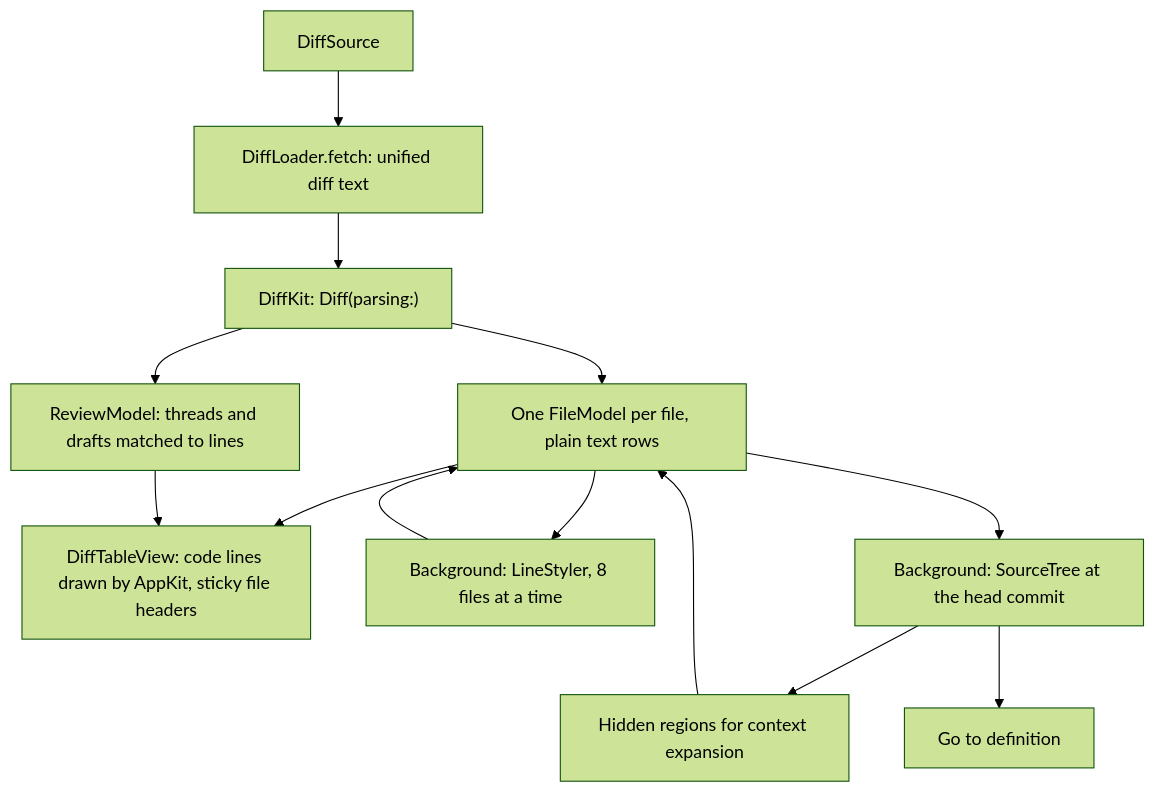
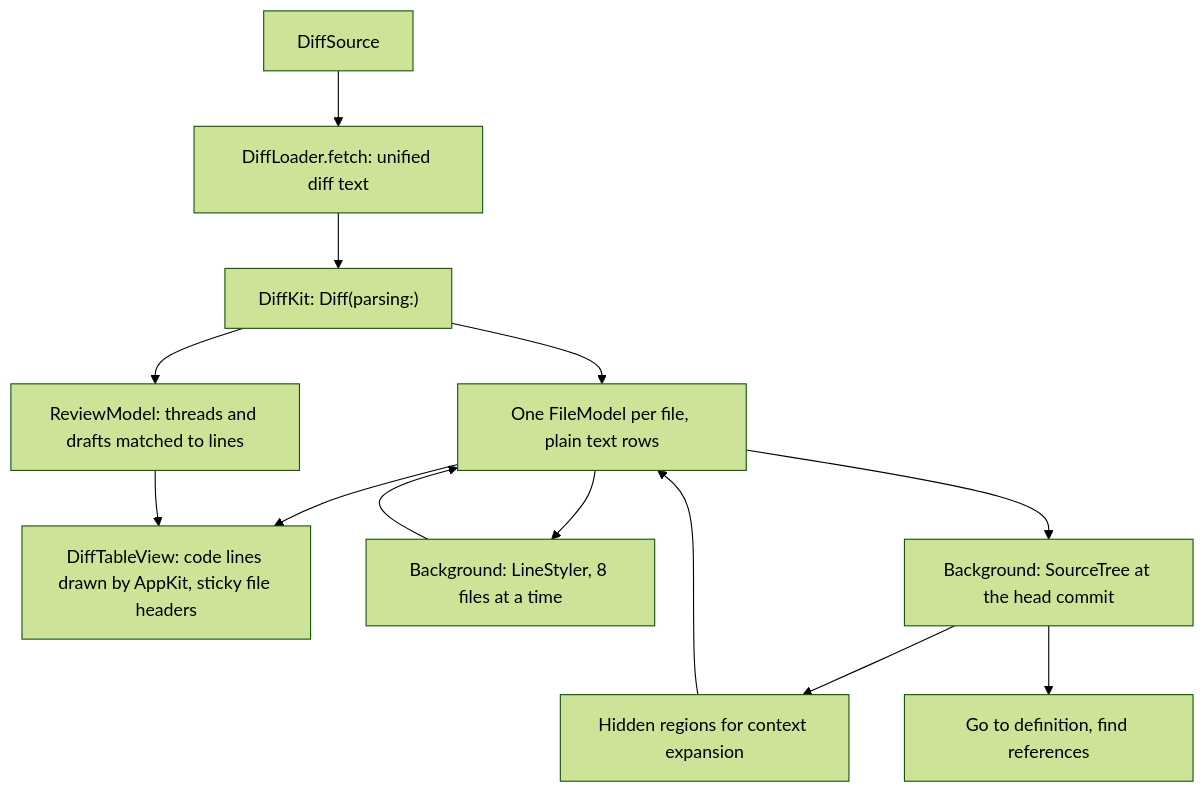
Before and after one commit to bojanrajkovic/hermes: the first of 5 diagrams in plans/diff-viewer.md, drawn with Mermaid (forest theme). The commit also changed other lines of this file and 13 other files, not shown here.

````diff
--- a/plans/diff-viewer.md
+++ b/plans/diff-viewer.md
@@ -43,15 +43,15 @@
 ```mermaid
 flowchart TD
     S[DiffSource] --> L["DiffLoader.fetch: unified diff text"]
     L --> P["DiffKit: Diff(parsing:)"]
     P --> F["One FileModel per file, plain text rows"]
     F --> V["DiffTableView: code lines drawn by AppKit, sticky file headers"]
     F --> H["Background: LineStyler, 8 files at a time"]
     H --> F
     F --> T["Background: SourceTree at the head commit"]
     T --> R["Hidden regions for context expansion"]
     R --> F
-    T --> D["Go to definition"]
+    T --> D["Go to definition, find references"]
     P --> RV["ReviewModel: threads and drafts matched to lines"]
     RV --> V
 ```
````
